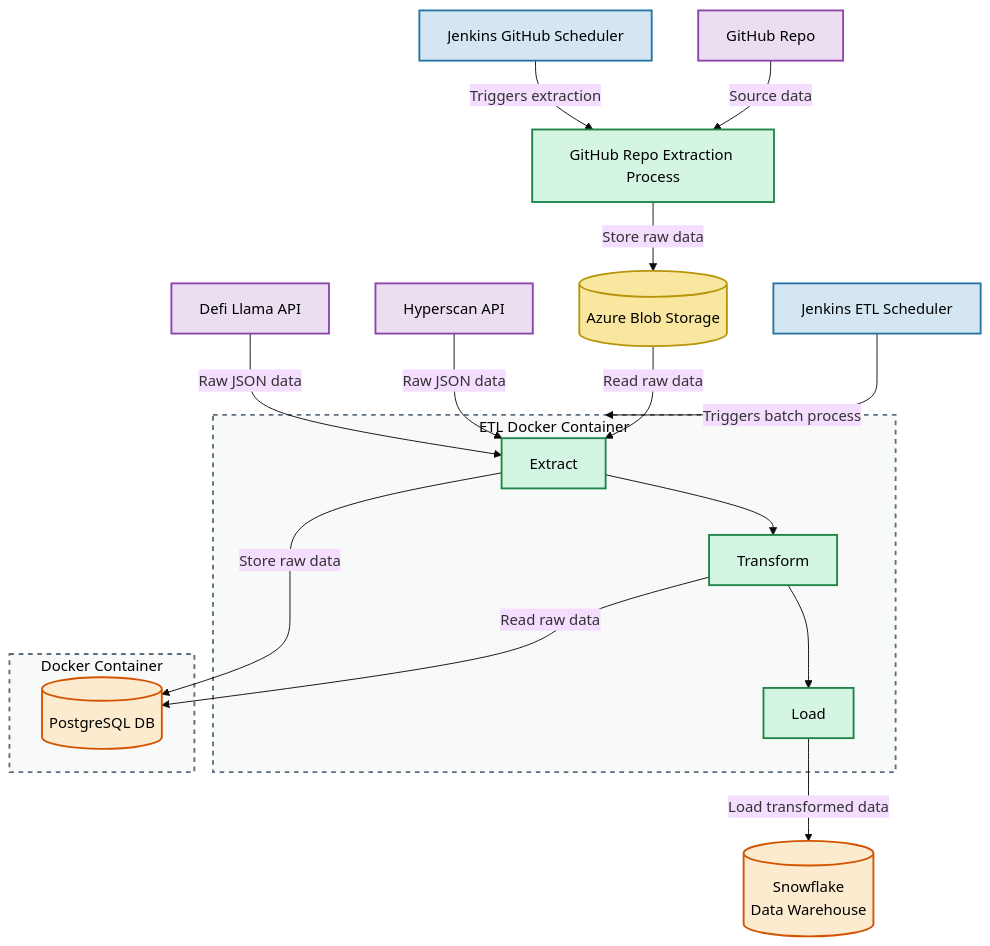
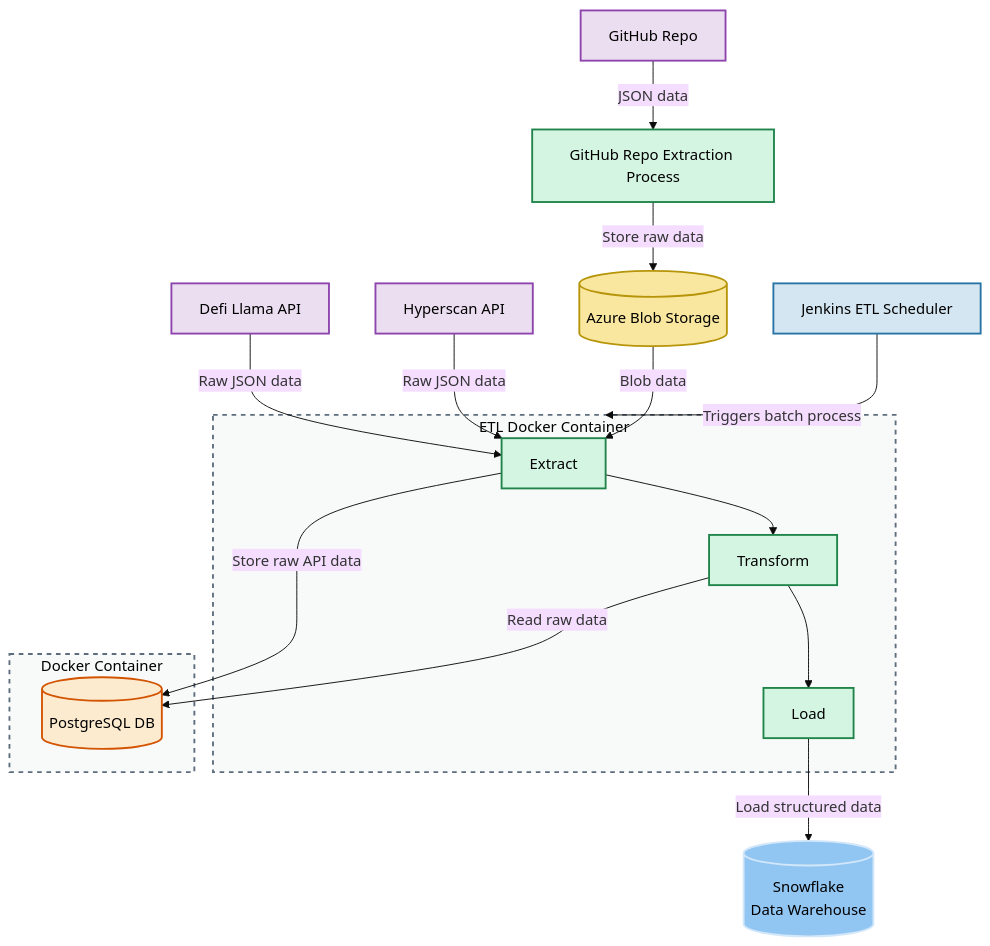
Before and after one commit to jakobsym/hl_protocol_pipeline: the diagram in README.md, drawn with Mermaid (base theme).

Commit message:
updated diagram more to represent whats happening

````diff
--- a/README.md
+++ b/README.md
@@ -5,55 +5,57 @@
 ```mermaid
 flowchart TD
     %% Main schedulers
     JenkinsETL["Jenkins ETL Scheduler"]
-    JenkinsGit["Jenkins GitHub Scheduler"]
+    %%JenkinsGit["Jenkins GitHub Scheduler"]
     
     subgraph ETLContainer["ETL Docker Container"]
         E["Extract"] --> T["Transform"]
         T --> L["Load"]
     end
     
     subgraph PostgresContainer["Docker Container"]
         PostgreSQL[("PostgreSQL DB")]
     end
     
     %% Storage components
     AzureBlob[("Azure Blob Storage")]
     
     %% External components
     FinAPI1["Defi Llama API"]
     FinAPI2["Hyperscan API"] 
     GitHubRepo["GitHub Repo"]
     GitHubExtract["GitHub Repo Extraction Process"]
-    Snowflake[("Snowflake\nData Warehouse")]
+    Snowflake[("Snowflake 
+    Data Warehouse")]
     
     %% Relationships
     JenkinsETL -->|"Triggers batch process"| ETLContainer
-    JenkinsGit -->|"Triggers extraction"| GitHubExtract
-    
+    %%JenkinsGit -->|"Triggers extraction"| GitHubExtract
     FinAPI1 -->|"Raw JSON data"| E
     FinAPI2 -->|"Raw JSON data"| E
     
-    GitHubRepo -->|"Source data"| GitHubExtract
+    GitHubRepo -->|"JSON data"| GitHubExtract
     GitHubExtract -->|"Store raw data"| AzureBlob
-    AzureBlob -->|"Read raw data"| E
+    AzureBlob -->|"Blob data"| E
     
-    E -->|"Store raw data"| PostgreSQL
+    E -->|"Store raw API data"| PostgreSQL
     T -->|"Read raw data"| PostgreSQL
-    L -->|"Load transformed data"| Snowflake
+    L -->|"Load structured data"| Snowflake
     
     %% Styling with black text
     classDef scheduler fill:#d4e6f1,stroke:#2874a6,stroke-width:2px,color:#000000
     classDef process fill:#d5f5e3,stroke:#1e8449,stroke-width:2px,color:#000000
     classDef database fill:#fdebd0,stroke:#d35400,stroke-width:2px,color:#000000
+    classDef warehouse fill:#91c5f2,stroke:#d2e7f9,stroke-width:2px,color:#000000
     classDef storage fill:#f9e79f,stroke:#b7950b,stroke-width:2px,color:#000000
     classDef external fill:#ebdef0,stroke:#8e44ad,stroke-width:2px,color:#000000
     classDef container fill:#f8f9f9,stroke:#5d6d7e,stroke-width:2px,stroke-dasharray:5,color:#000000
     
     class JenkinsETL,JenkinsGit scheduler
     class E,T,L,GitHubExtract process
-    class PostgreSQL,Snowflake database
+    class PostgreSQL, database
+    class Snowflake, warehouse
     class AzureBlob storage
     class FinAPI1,FinAPI2,GitHubRepo external
     class ETLContainer,PostgresContainer container
 ```
````
